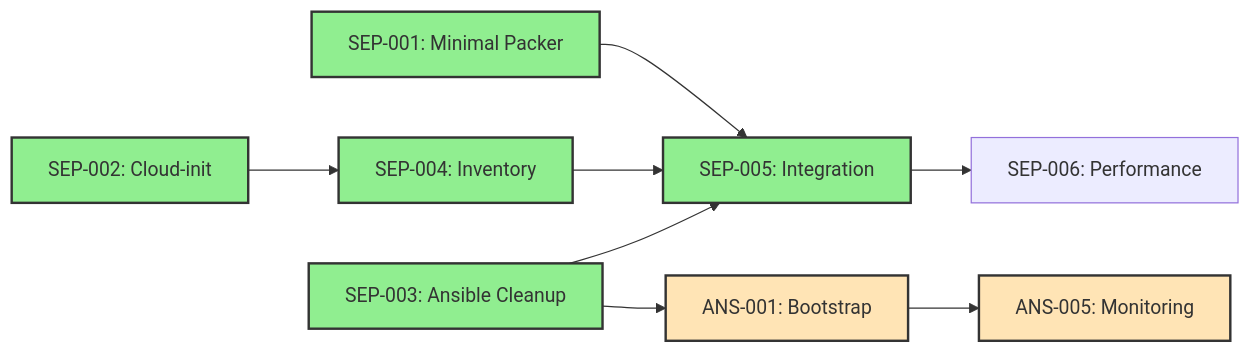
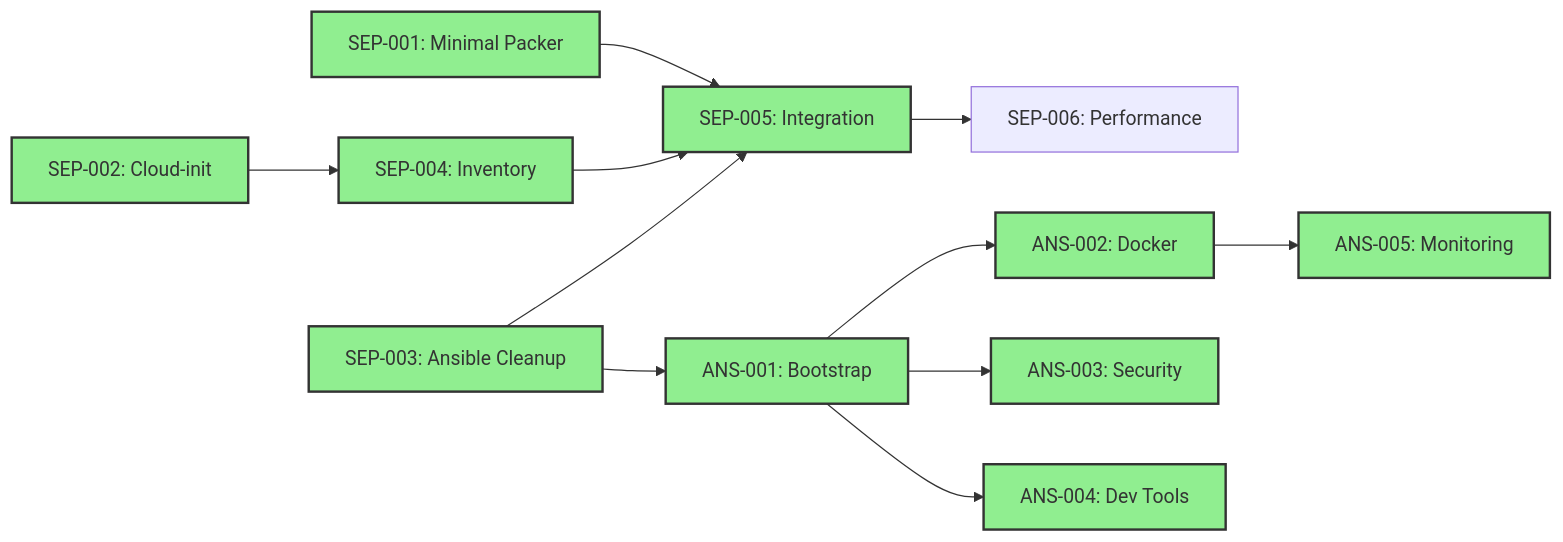
The first of 2 diagrams in docs/project/tasks/INDEX.md (basher83/Sombrero-Edge-Control), drawn with Mermaid before and after one commit. The commit also changed other lines of this file and 2 other files, not shown here.

````diff
--- a/docs/project/tasks/INDEX.md
+++ b/docs/project/tasks/INDEX.md
@@ -68,19 +68,25 @@
 ```mermaid
 graph LR
     SEP001[SEP-001: Minimal Packer] --> SEP005[SEP-005: Integration]
     SEP002[SEP-002: Cloud-init] --> SEP004[SEP-004: Inventory]
     SEP003[SEP-003: Ansible Cleanup] --> ANS001[ANS-001: Bootstrap]
     SEP004 --> SEP005
     SEP003 --> SEP005
     SEP005 --> SEP006[SEP-006: Performance]
 
-    ANS001 --> ANS005[ANS-005: Monitoring]
+    ANS001 --> ANS002[ANS-002: Docker]
+    ANS001 --> ANS003[ANS-003: Security]
+    ANS001 --> ANS004[ANS-004: Dev Tools]
+    ANS002 --> ANS005[ANS-005: Monitoring]
 
     style SEP001 fill:#90EE90,stroke:#333,stroke-width:2px
     style SEP002 fill:#90EE90,stroke:#333,stroke-width:2px
     style SEP003 fill:#90EE90,stroke:#333,stroke-width:2px
     style SEP004 fill:#90EE90,stroke:#333,stroke-width:2px
     style SEP005 fill:#90EE90,stroke:#333,stroke-width:2px
-    style ANS001 fill:#FFE4B5,stroke:#333,stroke-width:2px
-    style ANS005 fill:#FFE4B5,stroke:#333,stroke-width:2px
+    style ANS001 fill:#90EE90,stroke:#333,stroke-width:2px
+    style ANS002 fill:#90EE90,stroke:#333,stroke-width:2px
+    style ANS003 fill:#90EE90,stroke:#333,stroke-width:2px
+    style ANS004 fill:#90EE90,stroke:#333,stroke-width:2px
+    style ANS005 fill:#90EE90,stroke:#333,stroke-width:2px
 ```
````
